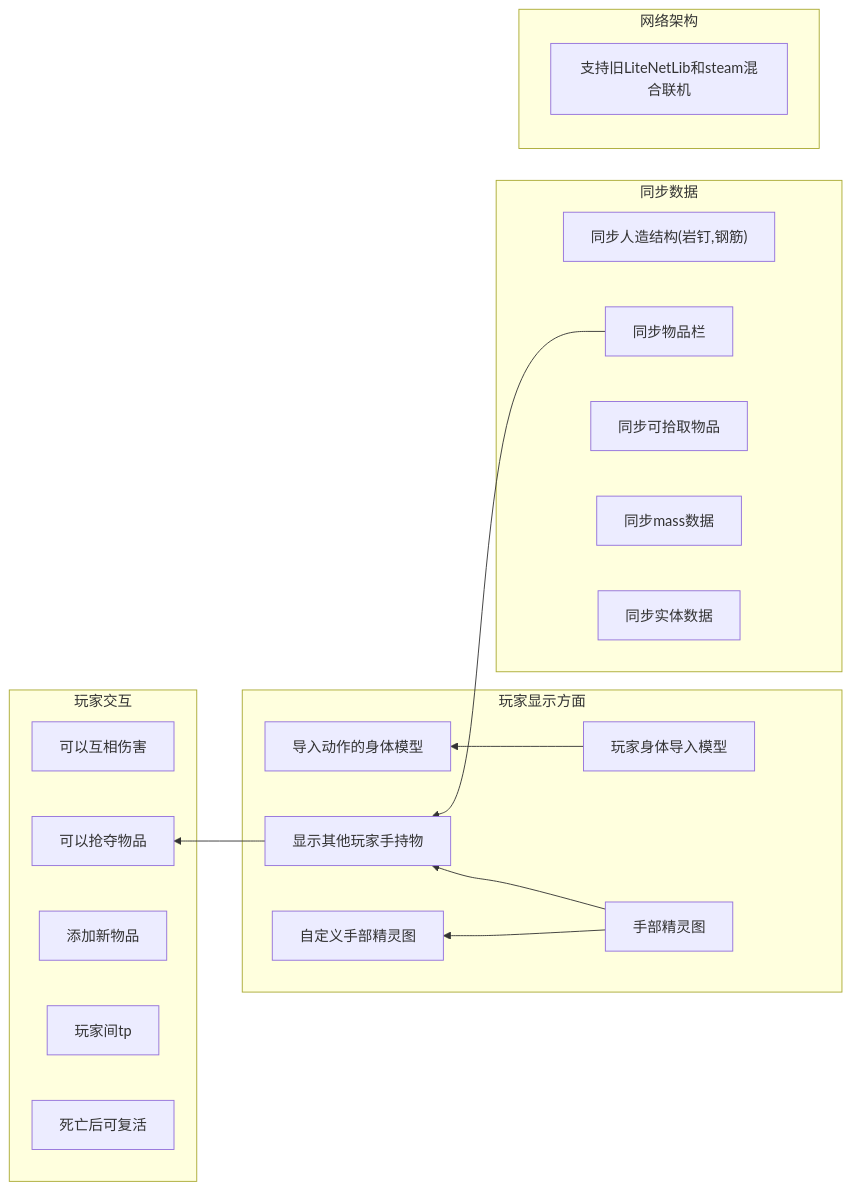
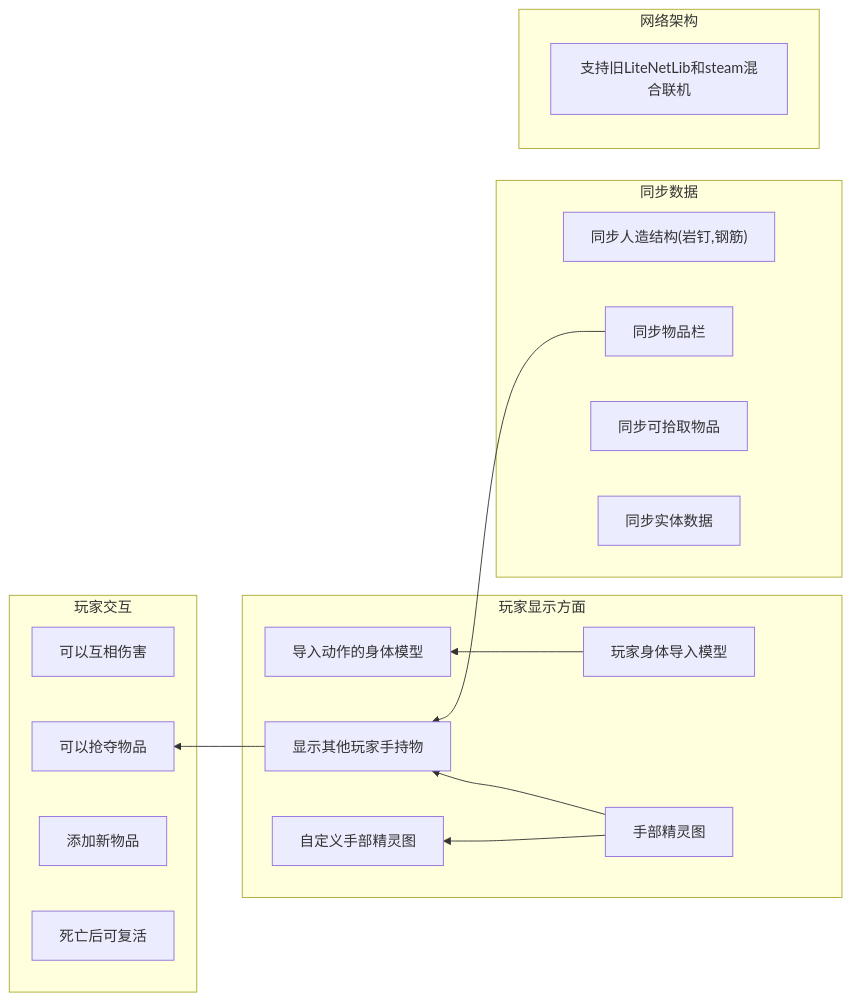
Before and after one commit to Shen-X-L/WKMultiMod: the diagram in README_CN.md, drawn with Mermaid. The commit also changed 6 other files, not shown here.

````diff
--- a/README_CN.md
+++ b/README_CN.md
@@ -25,41 +25,39 @@
 ```mermaid
 graph RL
     %% 模块 1：玩家显示方面
     subgraph 玩家显示方面
         1a[手部精灵图]
         1b[玩家身体导入模型]
         1c[导入动作的身体模型]
         1d[显示其他玩家手持物]
         1e[自定义手部精灵图]
     end
 
     %% 模块 2：玩家交互
     subgraph 玩家交互
         2a[可以互相伤害]
         2b[可以抢夺物品]
         2c[添加新物品]
-        2d[玩家间tp]
         2e[死亡后可复活]
     end
 
     %% 模块 3：同步数据
     subgraph 同步数据
         3a["同步人造结构(岩钉,钢筋)"]
         3b[同步物品栏]
         3c[同步可拾取物品]
-        3d[同步mass数据]
         3e[同步实体数据]
     end
 
     %% 模块 4：网络架构
     subgraph 网络架构
         4b[支持旧LiteNetLib和steam混合联机]
     end
 
     %% 依赖关系连接 (跨模块和模块内)
     1a --> 1e
     1b --> 1c
     3b --> 1d
     1a --> 1d
     1d --> 2b
 ```
````
